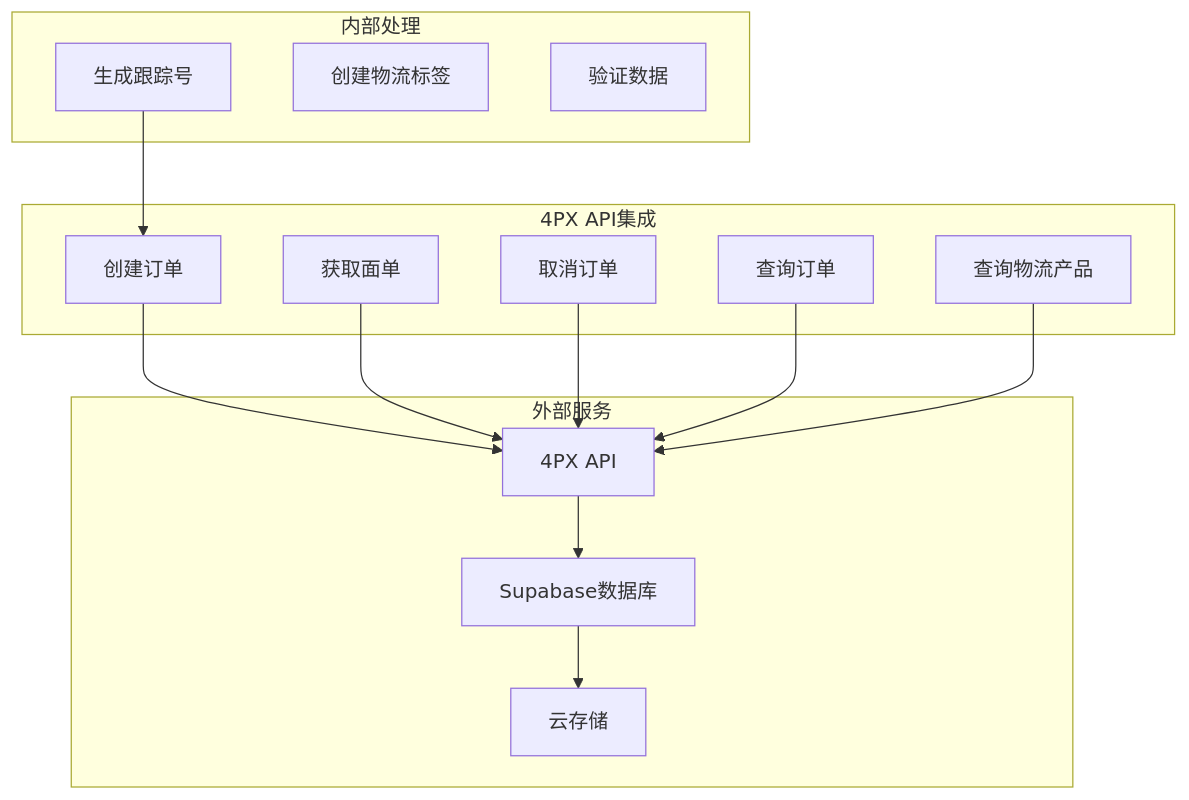
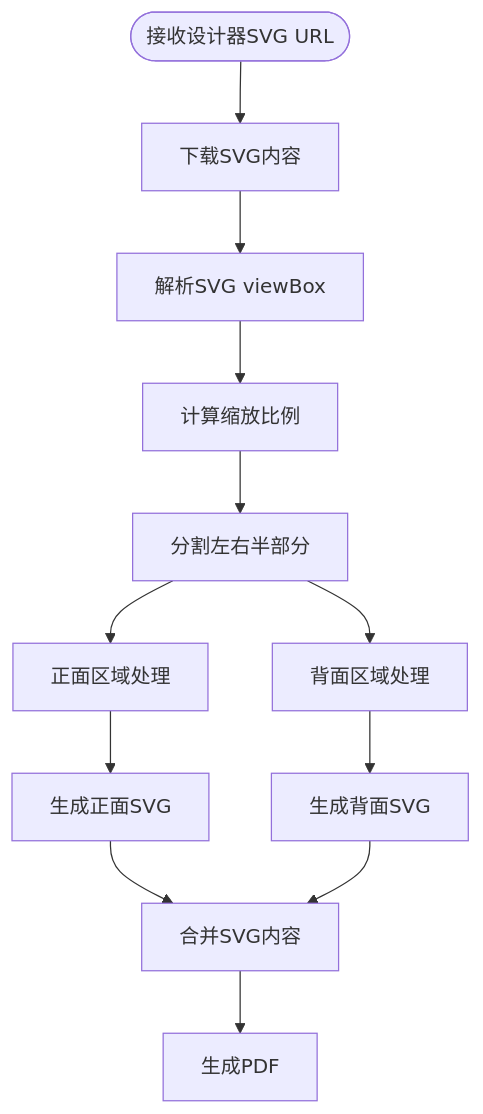
One commit to SY6621/POD-Order-Management changed the seventh of 16 diagrams in .qoder/repowiki/zh/content/开发指南/PDF生成系统.md. Above: the diagram before and after it, drawn with Mermaid. The commit also changed other lines of this file and 30 other files, not shown here.

````diff
--- a/.qoder/repowiki/zh/content/开发指南/PDF生成系统.md
+++ b/.qoder/repowiki/zh/content/开发指南/PDF生成系统.md
@@ -470,28 +447,14 @@
 ```mermaid
-graph TB
-subgraph "4PX API集成"
-CreateOrder[创建订单]
-GetLabel[获取面单]
-CancelOrder[取消订单]
-QueryOrder[查询订单]
-GetProducts[查询物流产品]
-end
-subgraph "内部处理"
-GenerateTracking[生成跟踪号]
-CreateLabel[创建物流标签]
-ValidateData[验证数据]
-end
-subgraph "外部服务"
-FourPX[4PX API]
-Supabase[Supabase数据库]
-Storage[云存储]
-end
-GenerateTracking --> CreateOrder
-CreateOrder --> FourPX
-GetLabel --> FourPX
-CancelOrder --> FourPX
-QueryOrder --> FourPX
-GetProducts --> FourPX
-FourPX --> Supabase
-Supabase --> Storage
+flowchart TD
+Start([接收设计器SVG URL]) --> DownloadSVG[下载SVG内容]
+DownloadSVG --> ParseViewBox[解析SVG viewBox]
+ParseViewBox --> CalculateScale[计算缩放比例]
+CalculateScale --> SplitHalf[分割左右半部分]
+SplitHalf --> FrontArea[正面区域处理]
+SplitHalf --> BackArea[背面区域处理]
+FrontArea --> FrontSVG[生成正面SVG]
+BackArea --> BackSVG[生成背面SVG]
+FrontSVG --> CombineSVG[合并SVG内容]
+BackSVG --> CombineSVG
+CombineSVG --> GeneratePDF[生成PDF]
 ```
````
